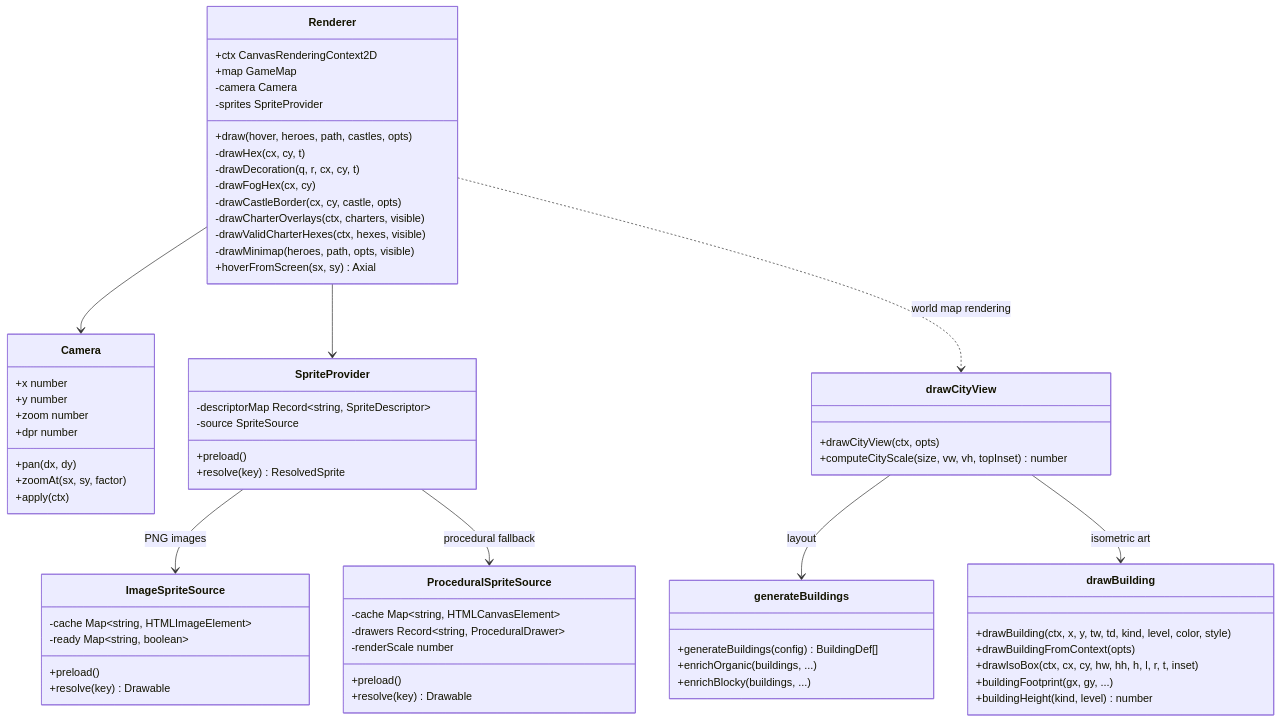
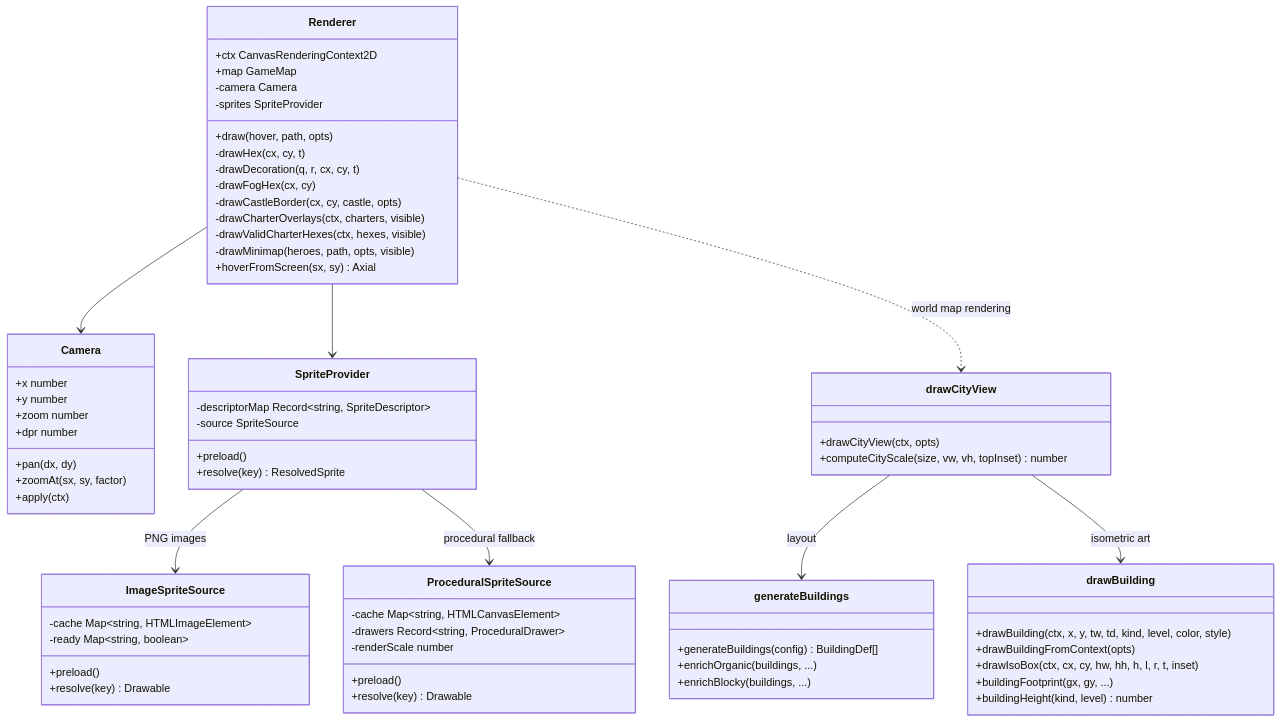
The eighth of 8 diagrams in src/render/docs/technical-spec.md (JLRoper/vigilant-palm-tree), drawn with Mermaid before and after one commit. The commit also changed other lines of this file and 3 other files, not shown here.

````diff
--- a/src/render/docs/technical-spec.md
+++ b/src/render/docs/technical-spec.md
@@ -876,77 +876,77 @@
 ```mermaid
 classDiagram
     class Renderer {
         +ctx CanvasRenderingContext2D
         +map GameMap
         -camera Camera
         -sprites SpriteProvider
-        +draw(hover, heroes, path, castles, opts)
+        +draw(hover, path, opts)
         -drawHex(cx, cy, t)
         -drawDecoration(q, r, cx, cy, t)
         -drawFogHex(cx, cy)
         -drawCastleBorder(cx, cy, castle, opts)
         -drawCharterOverlays(ctx, charters, visible)
         -drawValidCharterHexes(ctx, hexes, visible)
         -drawMinimap(heroes, path, opts, visible)
         +hoverFromScreen(sx, sy) Axial
     }
 
     class Camera {
         +x number
         +y number
         +zoom number
         +dpr number
         +pan(dx, dy)
         +zoomAt(sx, sy, factor)
         +apply(ctx)
     }
 
     class SpriteProvider {
         -descriptorMap Record~string, SpriteDescriptor~
         -source SpriteSource
         +preload()
         +resolve(key) ResolvedSprite
     }
 
     class ImageSpriteSource {
         -cache Map~string, HTMLImageElement~
         -ready Map~string, boolean~
         +preload()
         +resolve(key) Drawable
     }
 
     class ProceduralSpriteSource {
         -cache Map~string, HTMLCanvasElement~
         -drawers Record~string, ProceduralDrawer~
         -renderScale number
         +preload()
         +resolve(key) Drawable
     }
 
     class drawCityView {
         +drawCityView(ctx, opts)
         +computeCityScale(size, vw, vh, topInset) number
     }
 
     class generateBuildings {
         +generateBuildings(config) BuildingDef[]
         +enrichOrganic(buildings, ...)
         +enrichBlocky(buildings, ...)
     }
 
     class drawBuilding {
         +drawBuilding(ctx, x, y, tw, td, kind, level, color, style)
         +drawBuildingFromContext(opts)
         +drawIsoBox(ctx, cx, cy, hw, hh, h, l, r, t, inset)
         +buildingFootprint(gx, gy, ...)
         +buildingHeight(kind, level) number
     }
 
     Renderer --> Camera
     Renderer --> SpriteProvider
     SpriteProvider --> ImageSpriteSource : PNG images
     SpriteProvider --> ProceduralSpriteSource : procedural fallback
     Renderer ..> drawCityView : world map rendering
     drawCityView --> generateBuildings : layout
     drawCityView --> drawBuilding : isometric art
 ```
````
